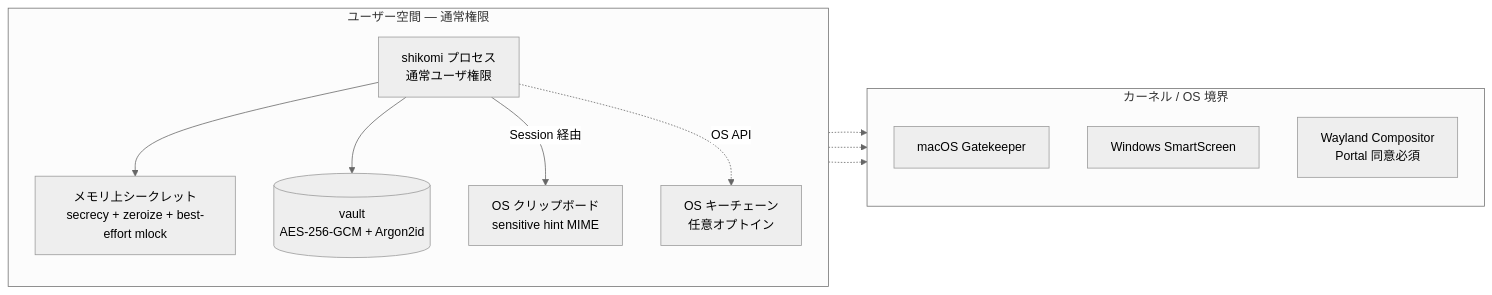
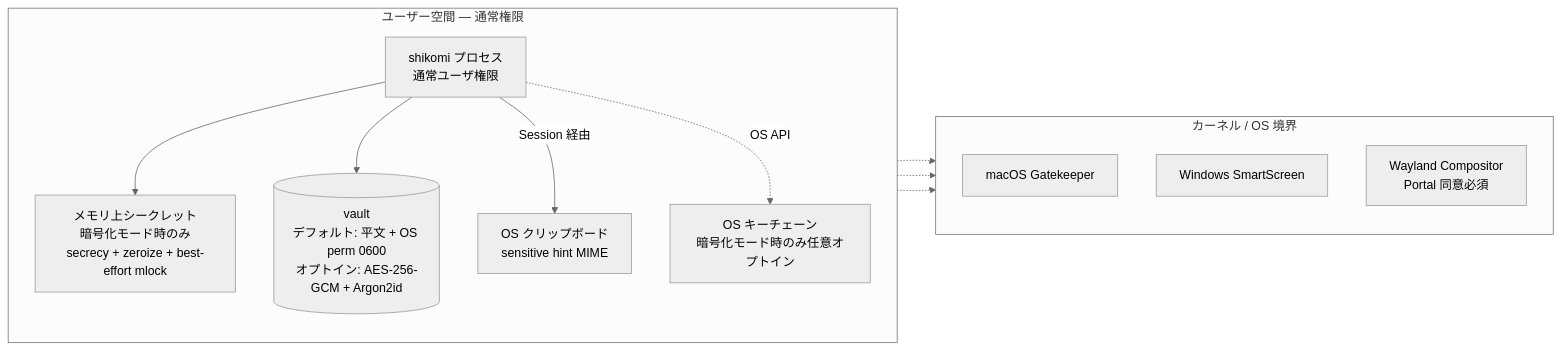
Before and after one commit to shikomi-dev/shikomi: the second of 2 diagrams in docs/architecture/production.md, drawn with Mermaid (neutral theme). The commit also changed other lines of this file and 3 other files, not shown here.

First line of the commit message:
docs(architecture): vault 保護のデフォルトを平文化、暗号化をオプトインに変更

````diff
--- a/docs/architecture/production.md
+++ b/docs/architecture/production.md
@@ -68,22 +68,22 @@
 ```mermaid
 flowchart LR
     subgraph UserSpace[ユーザー空間 — 通常権限]
         direction TB
         ShikomiProc[shikomi プロセス<br/>通常ユーザ権限]
-        ShikomiProc --> MemSecret[メモリ上シークレット<br/>secrecy + zeroize + best-effort mlock]
-        ShikomiProc --> VaultFile[(vault<br/>AES-256-GCM + Argon2id)]
+        ShikomiProc --> MemSecret[メモリ上シークレット<br/>暗号化モード時のみ<br/>secrecy + zeroize + best-effort mlock]
+        ShikomiProc --> VaultFile[(vault<br/>デフォルト: 平文 + OS perm 0600<br/>オプトイン: AES-256-GCM + Argon2id)]
         ShikomiProc -- Session 経由 --> OSClip[OS クリップボード<br/>sensitive hint MIME]
-        ShikomiProc -. OS API .-> OSKey[OS キーチェーン<br/>任意オプトイン]
+        ShikomiProc -. OS API .-> OSKey[OS キーチェーン<br/>暗号化モード時のみ任意オプトイン]
     end
 
     subgraph KernelSpace[カーネル / OS 境界]
         direction TB
         Gatekeeper[macOS Gatekeeper]
         SmartScreen[Windows SmartScreen]
         WaylandComp[Wayland Compositor<br/>Portal 同意必須]
     end
 
     ShikomiProc -.-> Gatekeeper
     ShikomiProc -.-> SmartScreen
     ShikomiProc -.-> WaylandComp
 ```
````
